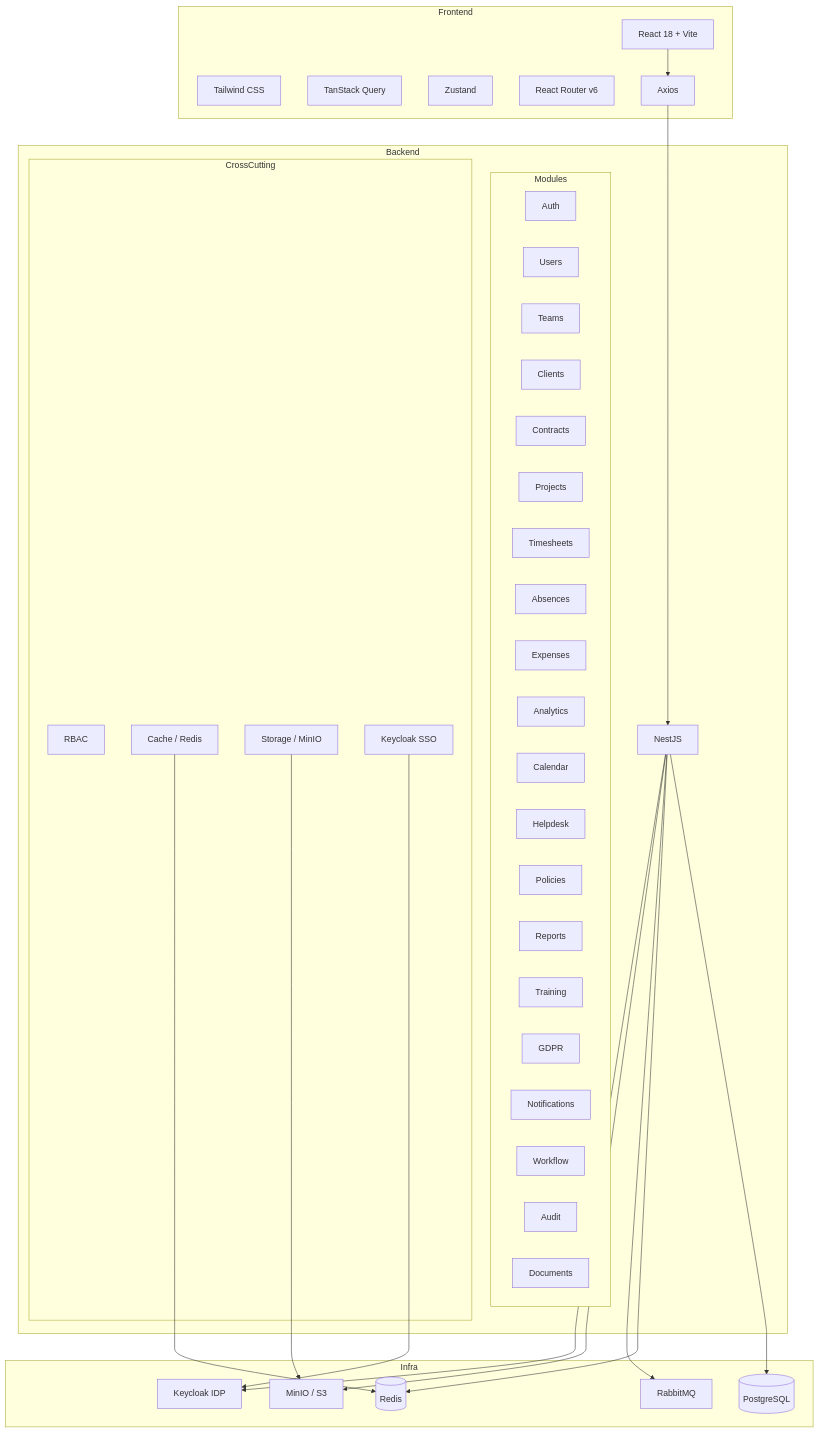
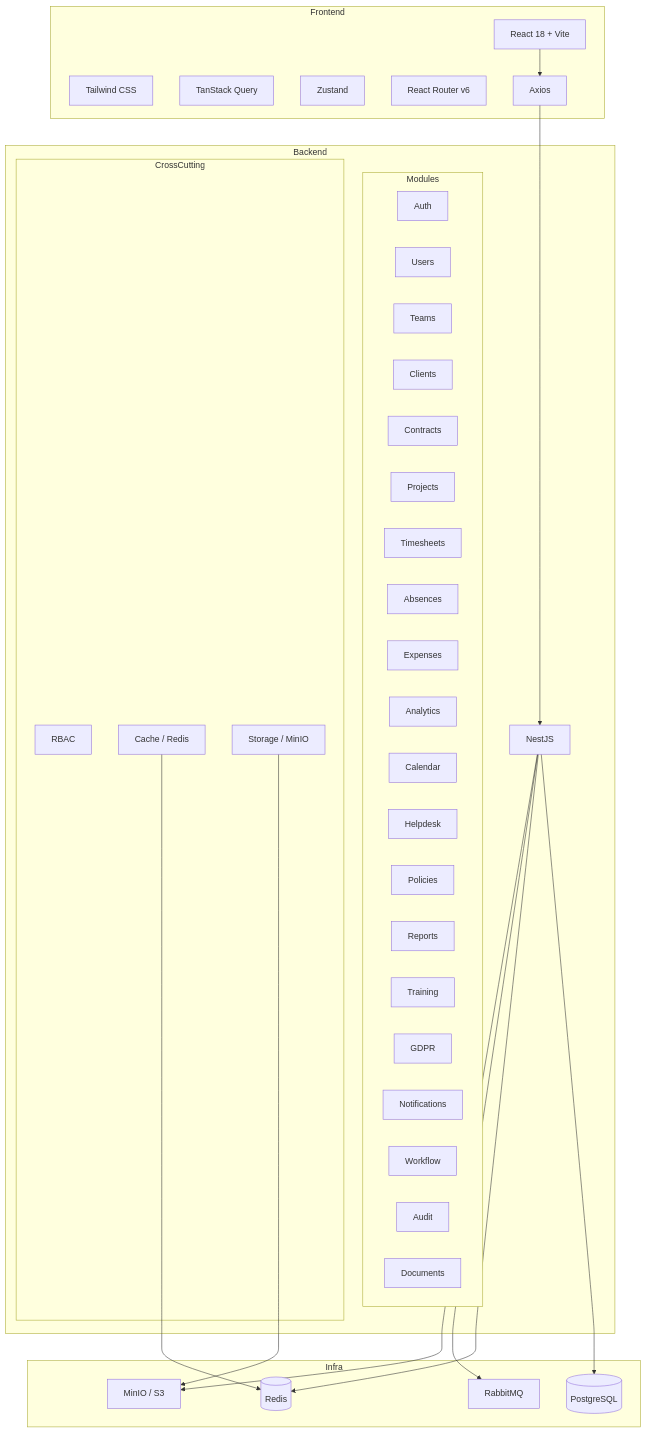
Before and after one commit to barbaraoliveira2308/rh: the first of 3 diagrams in docs/ARCHITECTURE.md, drawn with Mermaid. The commit also changed other lines of this file and 33 other files, not shown here.

````diff
--- a/docs/ARCHITECTURE.md
+++ b/docs/ARCHITECTURE.md
@@ -5,62 +5,58 @@
 ```mermaid
 graph TB
     subgraph Frontend
         REACT[React 18 + Vite]
         TAILWIND[Tailwind CSS]
         TANSTACK[TanStack Query]
         ZUSTAND[Zustand]
         ROUTER[React Router v6]
         AXIOS[Axios]
     end
 
     subgraph Backend
         NESTJS[NestJS]
         subgraph Modules
             AUTH[Auth]
             USERS[Users]
             TEAMS[Teams]
             CLIENTS[Clients]
             CONTRACTS[Contracts]
             PROJECTS[Projects]
             TIMESHEETS[Timesheets]
             ABSENCES[Absences]
             EXPENSES[Expenses]
             ANALYTICS[Analytics]
             CALENDAR[Calendar]
             HELPDESK[Helpdesk]
             POLICIES[Policies]
             REPORTS[Reports]
             TRAINING[Training]
             GDPR[GDPR]
             NOTIFICATIONS[Notifications]
             WORKFLOW[Workflow]
             AUDIT[Audit]
             DOCUMENTS[Documents]
         end
         subgraph CrossCutting
             RBAC[RBAC]
             CACHE[Cache / Redis]
             STORAGE[Storage / MinIO]
-            KEYCLOAK[Keycloak SSO]
         end
     end
 
     subgraph Infra
         PG[(PostgreSQL)]
         REDIS[(Redis)]
         RABBIT[RabbitMQ]
         MINIO[MinIO / S3]
-        KC[Keycloak IDP]
     end
 
     REACT --> AXIOS
     AXIOS --> NESTJS
     NESTJS --> PG
     NESTJS --> REDIS
     NESTJS --> RABBIT
     NESTJS --> MINIO
-    NESTJS --> KC
     CACHE --> REDIS
     STORAGE --> MINIO
-    KEYCLOAK --> KC
 ```
````
